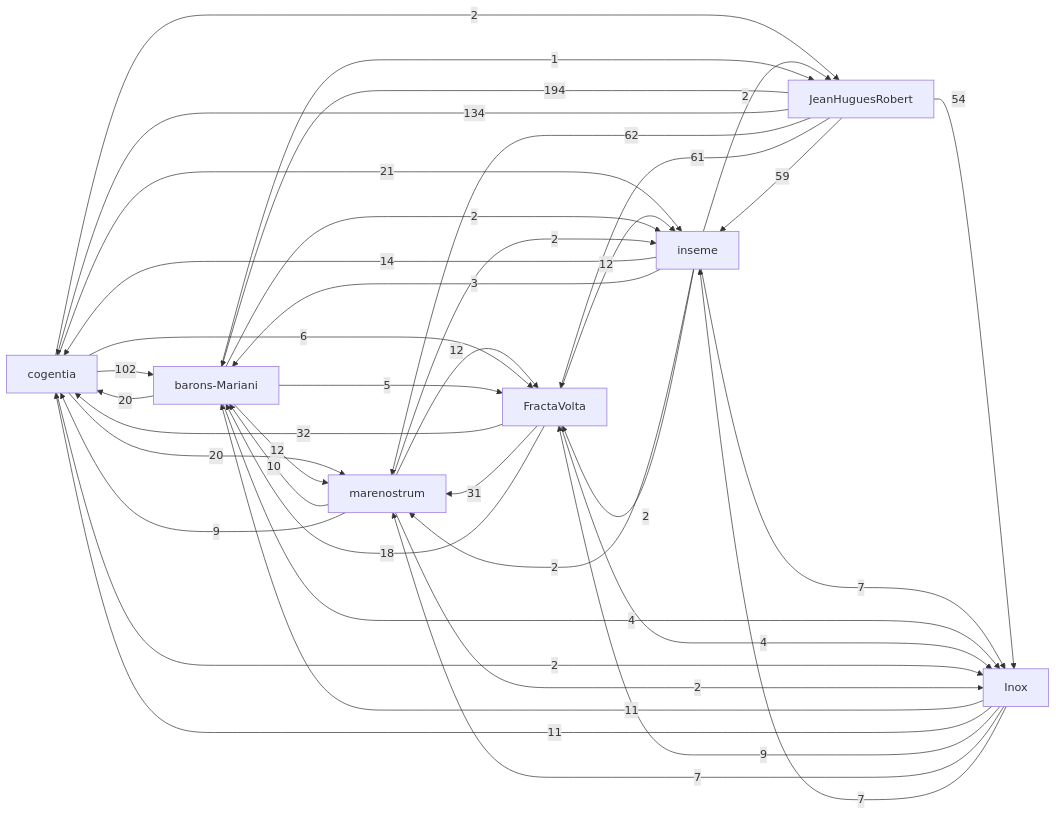
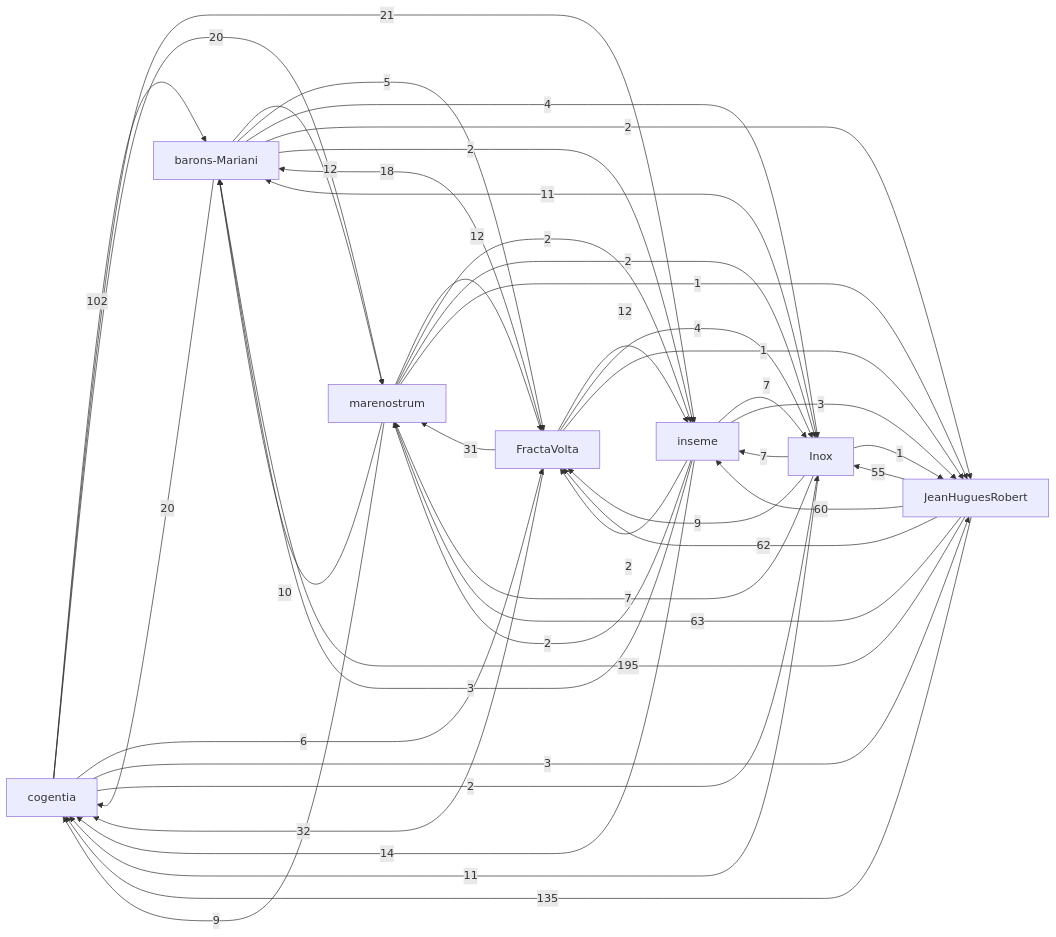
One commit to JeanHuguesRobert/cogentia changed the first of 2 diagrams in research/corpus-status.md. Above: the diagram before and after it, drawn with Mermaid. The commit also changed 1 other file, not shown here.

Commit message:
Consolidate institutional boundary references

````diff
--- a/research/corpus-status.md
+++ b/research/corpus-status.md
@@ -53,49 +53,52 @@
 ```mermaid
 graph LR
   r_cogentia["cogentia"]
   r_fractavolta["FractaVolta"]
   r_marenostrum["marenostrum"]
   r_barons_mariani["barons-Mariani"]
   r_inseme["inseme"]
   r_inox["Inox"]
   r_jeanhuguesrobert["JeanHuguesRobert"]
-  r_jeanhuguesrobert -->|194| r_barons_mariani
-  r_jeanhuguesrobert -->|134| r_cogentia
+  r_jeanhuguesrobert -->|195| r_barons_mariani
+  r_jeanhuguesrobert -->|135| r_cogentia
   r_cogentia -->|102| r_barons_mariani
-  r_jeanhuguesrobert -->|62| r_marenostrum
-  r_jeanhuguesrobert -->|61| r_fractavolta
-  r_jeanhuguesrobert -->|59| r_inseme
-  r_jeanhuguesrobert -->|54| r_inox
+  r_jeanhuguesrobert -->|63| r_marenostrum
+  r_jeanhuguesrobert -->|62| r_fractavolta
+  r_jeanhuguesrobert -->|60| r_inseme
+  r_jeanhuguesrobert -->|55| r_inox
   r_fractavolta -->|32| r_cogentia
   r_fractavolta -->|31| r_marenostrum
   r_cogentia -->|21| r_inseme
   r_barons_mariani -->|20| r_cogentia
   r_cogentia -->|20| r_marenostrum
   r_fractavolta -->|18| r_barons_mariani
   r_inseme -->|14| r_cogentia
   r_barons_mariani -->|12| r_marenostrum
   r_fractavolta -->|12| r_inseme
   r_marenostrum -->|12| r_fractavolta
   r_inox -->|11| r_barons_mariani
   r_inox -->|11| r_cogentia
   r_marenostrum -->|10| r_barons_mariani
   r_inox -->|9| r_fractavolta
   r_marenostrum -->|9| r_cogentia
   r_inox -->|7| r_marenostrum
   r_inox -->|7| r_inseme
   r_inseme -->|7| r_inox
   r_cogentia -->|6| r_fractavolta
   r_barons_mariani -->|5| r_fractavolta
   r_barons_mariani -->|4| r_inox
   r_fractavolta -->|4| r_inox
+  r_cogentia -->|3| r_jeanhuguesrobert
   r_inseme -->|3| r_barons_mariani
+  r_inseme -->|3| r_jeanhuguesrobert
+  r_barons_mariani -->|2| r_jeanhuguesrobert
   r_barons_mariani -->|2| r_inseme
-  r_cogentia -->|2| r_jeanhuguesrobert
   r_cogentia -->|2| r_inox
   r_inseme -->|2| r_marenostrum
   r_inseme -->|2| r_fractavolta
-  r_inseme -->|2| r_jeanhuguesrobert
   r_marenostrum -->|2| r_inseme
   r_marenostrum -->|2| r_inox
-  r_barons_mariani -->|1| r_jeanhuguesrobert
+  r_fractavolta -->|1| r_jeanhuguesrobert
+  r_inox -->|1| r_jeanhuguesrobert
+  r_marenostrum -->|1| r_jeanhuguesrobert
 ```
````
